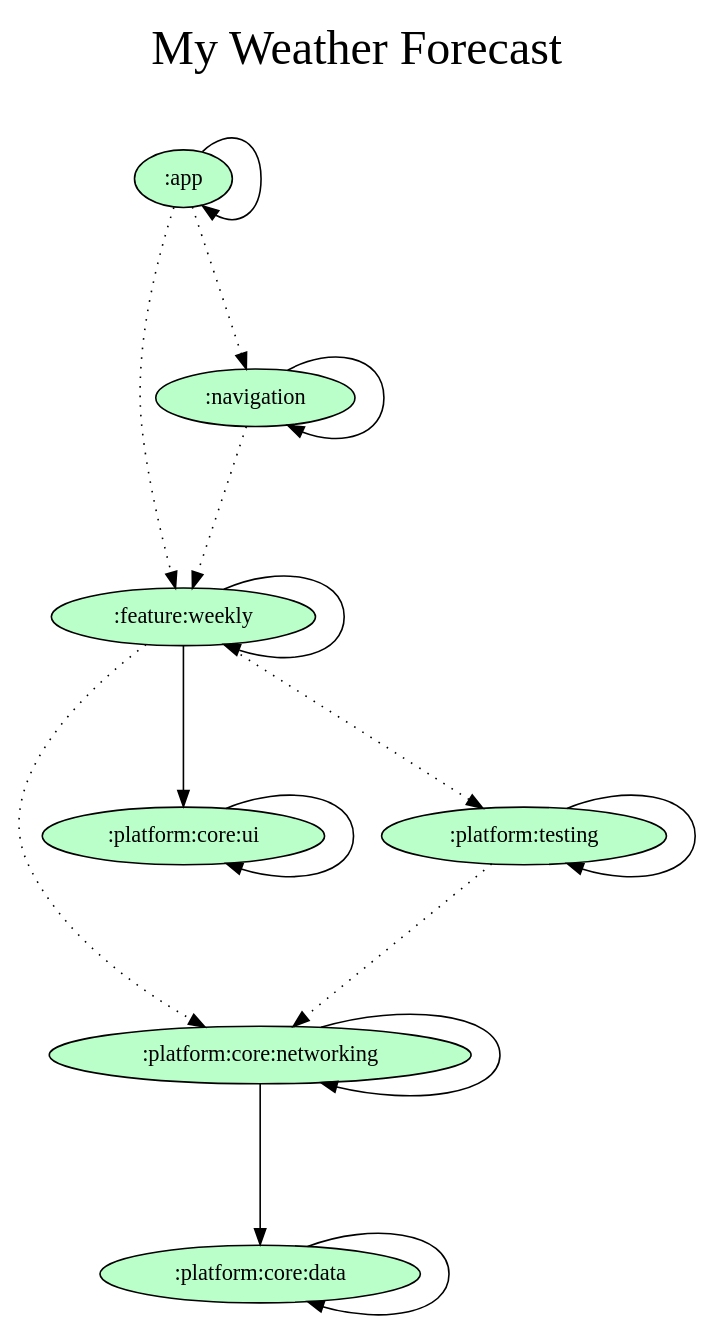
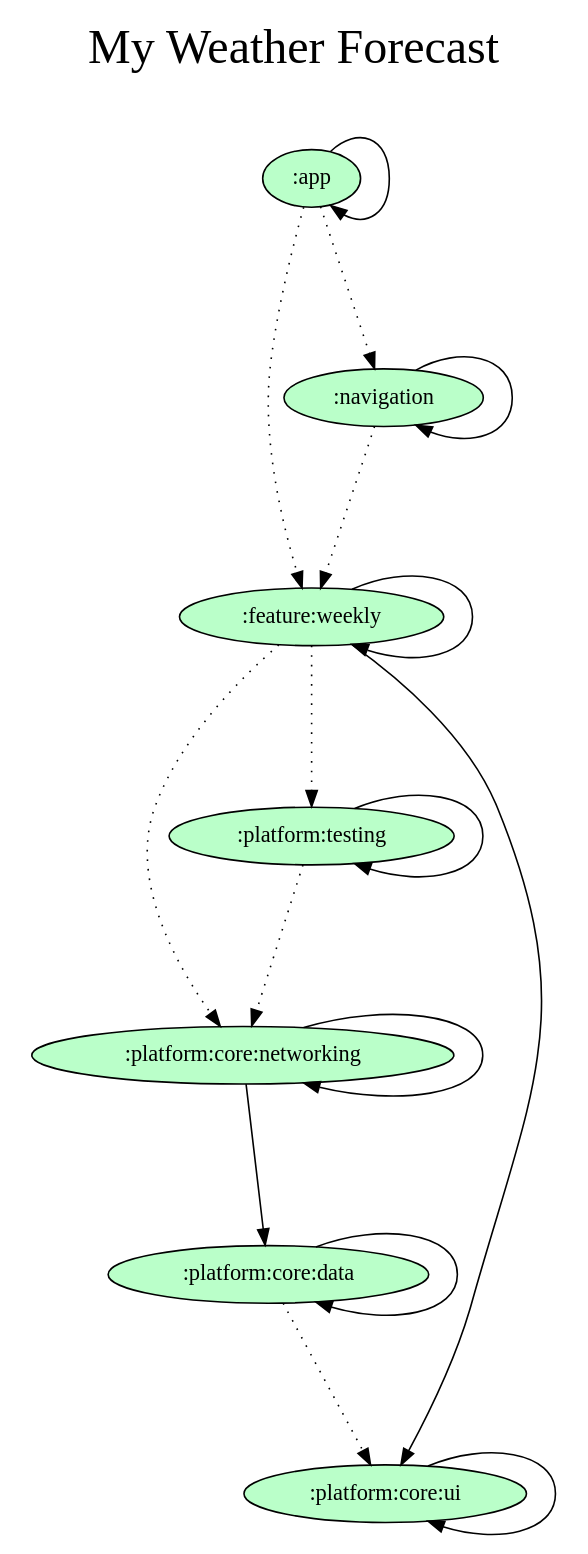
Before and after one commit to orogersilva/myweatherforecast: the diagram in gradle/dependency-graph/project.dot, drawn with Graphviz. The commit also changed 1 other file, not shown here.

Commit message:
docs: Updating dependency graph

```diff
--- a/gradle/dependency-graph/project.dot
+++ b/gradle/dependency-graph/project.dot
@@ -1,35 +1,36 @@
 digraph {
   graph [label="My Weather Forecast\n ",labelloc=t,fontsize=30,ranksep=1.4];
   node [style=filled, fillcolor="#bbbbbb"];
   rankdir=TB;
 
   # Projects
 
   ":app" [fillcolor="#baffc9"];
   ":feature:weekly" [fillcolor="#baffc9"];
   ":navigation" [fillcolor="#baffc9"];
   ":platform:core:data" [fillcolor="#baffc9"];
   ":platform:core:networking" [fillcolor="#baffc9"];
   ":platform:core:ui" [fillcolor="#baffc9"];
   ":platform:testing" [fillcolor="#baffc9"];
 
   {rank = same;}
 
   # Dependencies
 
   ":app" -> ":app"
   ":app" -> ":feature:weekly" [style=dotted]
   ":app" -> ":navigation" [style=dotted]
   ":navigation" -> ":navigation"
   ":navigation" -> ":feature:weekly" [style=dotted]
   ":feature:weekly" -> ":platform:core:ui"
   ":feature:weekly" -> ":feature:weekly"
   ":feature:weekly" -> ":platform:core:networking" [style=dotted]
   ":feature:weekly" -> ":platform:testing" [style=dotted]
   ":platform:testing" -> ":platform:testing"
   ":platform:testing" -> ":platform:core:networking" [style=dotted]
   ":platform:core:data" -> ":platform:core:data"
+  ":platform:core:data" -> ":platform:core:ui" [style=dotted]
   ":platform:core:networking" -> ":platform:core:data"
   ":platform:core:networking" -> ":platform:core:networking"
   ":platform:core:ui" -> ":platform:core:ui"
 }
```
